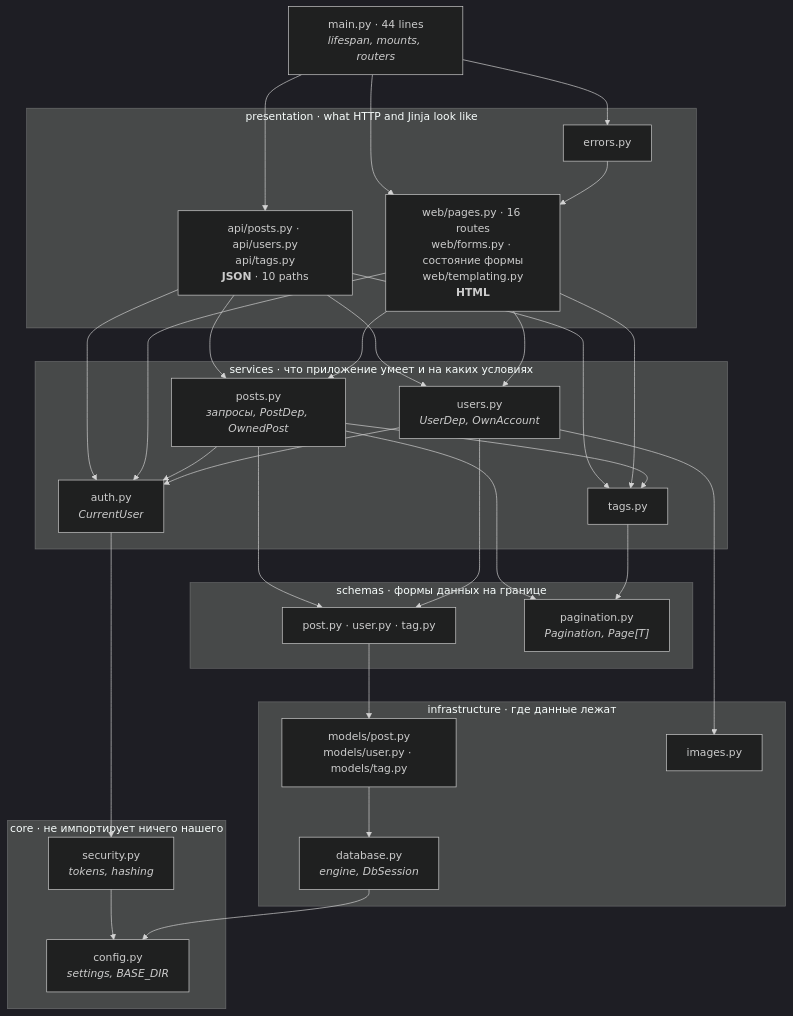
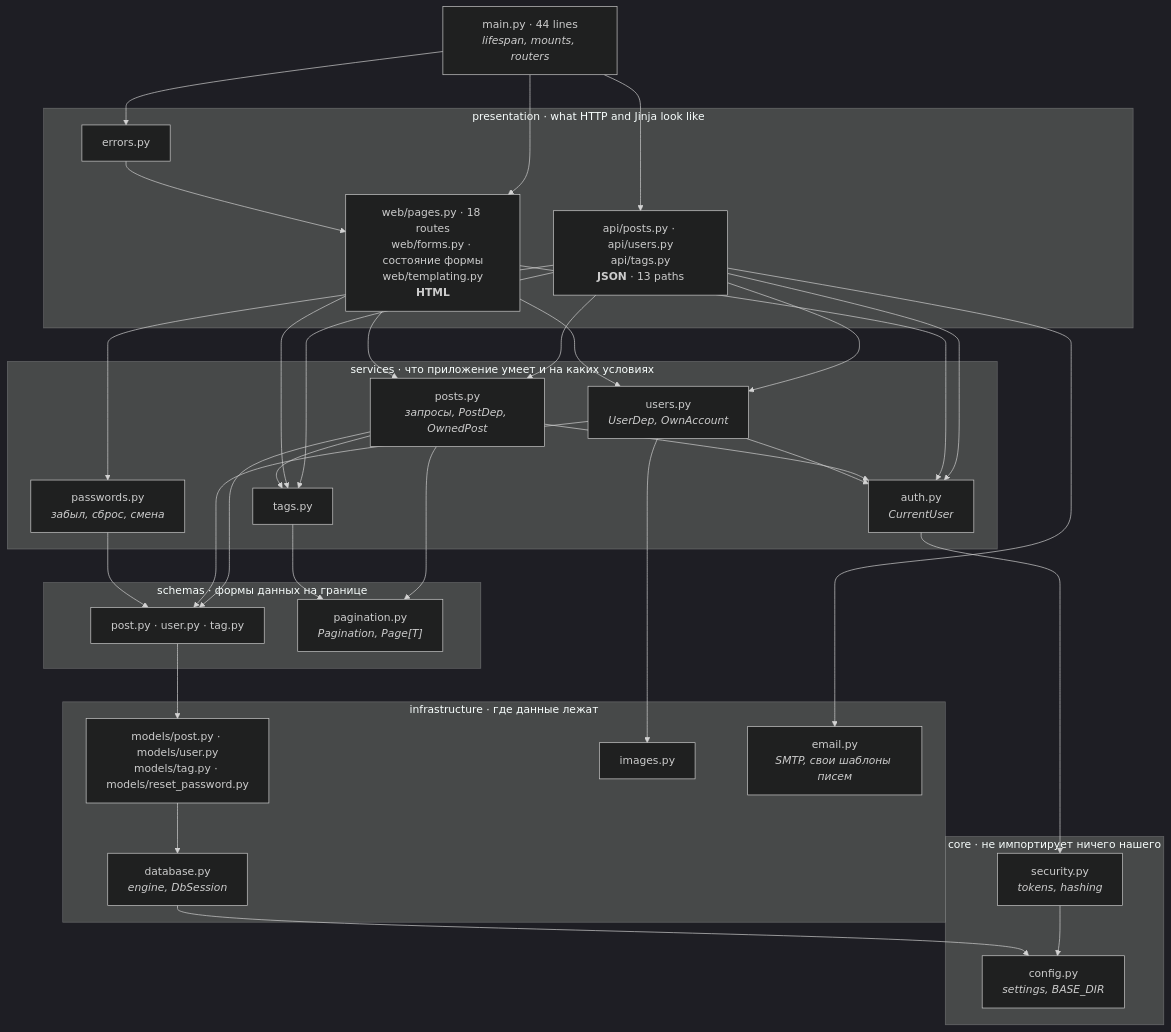
One commit to OstapchukIryna/fastapi-blog changed the first of 4 diagrams in docs/architecture.md. Above: the diagram before and after it, drawn with Mermaid (dark theme). The commit also changed other lines of this file and 27 other files, not shown here.

First line of the commit message:
Fix the password reset, and give it the pages it was missing (#29)

````diff
--- a/docs/architecture.md
+++ b/docs/architecture.md
@@ -26,63 +26,68 @@
 ```mermaid
 graph TD
     main["main.py · 44 lines<br/><i>lifespan, mounts, routers</i>"]
 
     subgraph L4["presentation · what HTTP and Jinja look like"]
-        pages["web/pages.py · 16 routes<br/>web/forms.py · состояние формы<br/>web/templating.py<br/><b>HTML</b>"]
-        api["api/posts.py · api/users.py<br/>api/tags.py<br/><b>JSON</b> · 10 paths"]
+        pages["web/pages.py · 18 routes<br/>web/forms.py · состояние формы<br/>web/templating.py<br/><b>HTML</b>"]
+        api["api/posts.py · api/users.py<br/>api/tags.py<br/><b>JSON</b> · 13 paths"]
         errors["errors.py"]
     end
 
     subgraph L3["services · что приложение умеет и на каких условиях"]
         s_posts["posts.py<br/><i>запросы, PostDep, OwnedPost</i>"]
         s_users["users.py<br/><i>UserDep, OwnAccount</i>"]
         s_tags["tags.py"]
         s_auth["auth.py<br/><i>CurrentUser</i>"]
+        s_pw["passwords.py<br/><i>забыл, сброс, смена</i>"]
     end
 
     subgraph L2["schemas · формы данных на границе"]
         schemas["post.py · user.py · tag.py"]
         pagination["pagination.py<br/><i>Pagination, Page[T]</i>"]
     end
 
     subgraph L1["infrastructure · где данные лежат"]
-        models["models/post.py<br/>models/user.py · models/tag.py"]
+        models["models/post.py · models/user.py<br/>models/tag.py · models/reset_password.py"]
         database["database.py<br/><i>engine, DbSession</i>"]
         images["images.py"]
+        mail["email.py<br/><i>SMTP, свои шаблоны писем</i>"]
     end
 
     subgraph L0["core · не импортирует ничего нашего"]
         config["config.py<br/><i>settings, BASE_DIR</i>"]
         security["security.py<br/><i>tokens, hashing</i>"]
     end
 
     main --> pages
     main --> api
     main --> errors
 
     errors --> pages
     api --> s_posts
     api --> s_users
     api --> s_tags
     api --> s_auth
     pages --> s_posts
     pages --> s_users
     pages --> s_tags
     pages --> s_auth
 
     s_posts --> s_tags
     s_posts --> s_auth
     s_users --> s_auth
 
     s_posts --> schemas
     s_posts --> pagination
     s_tags --> pagination
     s_users --> schemas
     s_users --> images
+    api --> s_pw
+    api --> mail
+    s_pw --> schemas
     s_auth --> security
 
     schemas --> models
     models --> database
     security --> config
     database --> config
 ```
````
